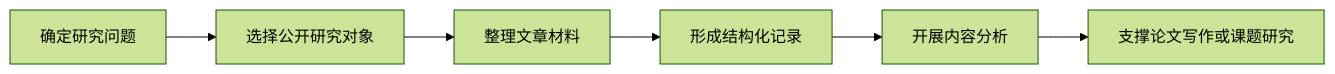
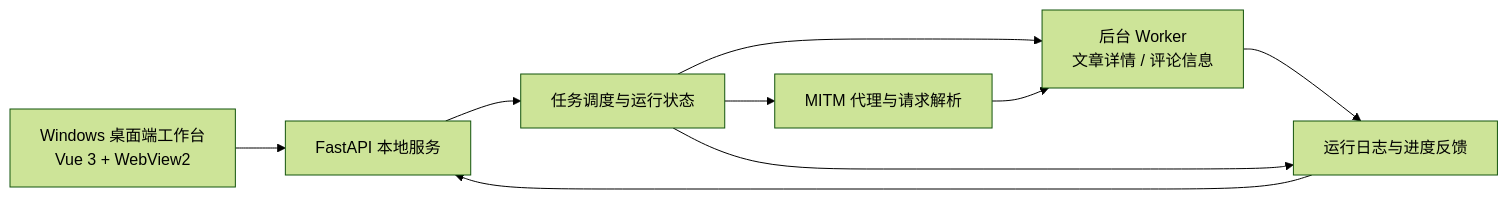
Before and after one commit to s78910/Access_wechat_article: the diagram in README.md, drawn with Mermaid (forest theme). The commit also changed other lines of this file and 12 other files, not shown here.

````diff
--- a/README.md
+++ b/README.md
@@ -69,8 +98,12 @@
 ```mermaid
 flowchart LR
-    A["确定研究问题"] --> B["选择公开研究对象"]
-    B --> C["整理文章材料"]
-    C --> D["形成结构化记录"]
-    D --> E["开展内容分析"]
-    E --> F["支撑论文写作或课题研究"]
+    A["Windows 桌面端工作台<br/>Vue 3 + WebView2"]
+    A --> B["FastAPI 本地服务"]
+    B --> C["任务调度与运行状态"]
+    C --> D["MITM 代理与请求解析"]
+    C --> E["后台 Worker<br/>文章详情 / 评论信息"]
+    D --> E
+    E --> F["结构化字段记录"]
+    C --> F["运行日志与进度反馈"]
+    F --> B
 ```
````
